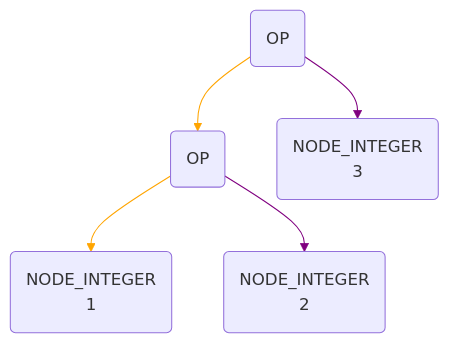
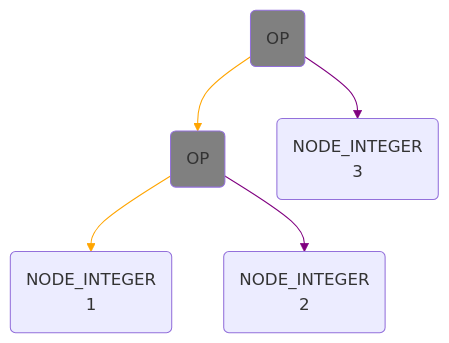
Before and after one commit to RobinHsieh/Compiler_in_C: the third of 8 diagrams in FinalProject/README.md, drawn with Mermaid. The commit also changed other lines of this file, not shown here.

````diff
--- a/FinalProject/README.md
+++ b/FinalProject/README.md
@@ -152,10 +152,12 @@
 ```mermaid
 graph TB
 3(OP) --> 103(OP)
 3 --> 200(NODE_INTEGER\n3)
 103 --> 300(NODE_INTEGER\n1)
 103 --> 400(NODE_INTEGER\n2)
 
 linkStyle 0,2 stroke:orange;
 linkStyle 1,3 stroke:purple;
+classDef gray fill:gray;
+class 3,103 gray;
 ```
````
